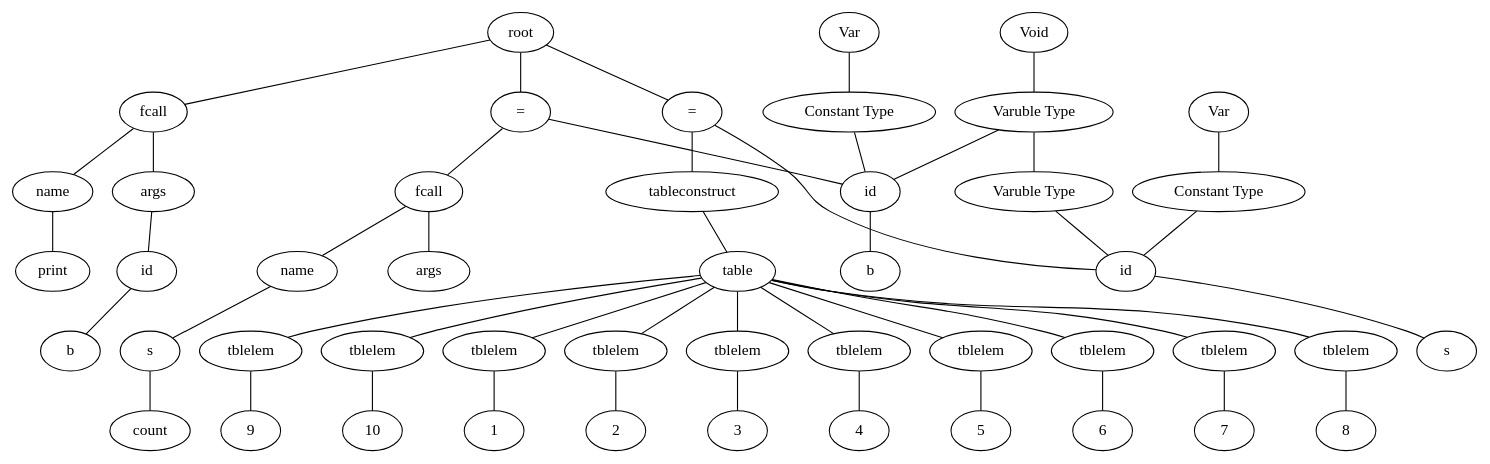
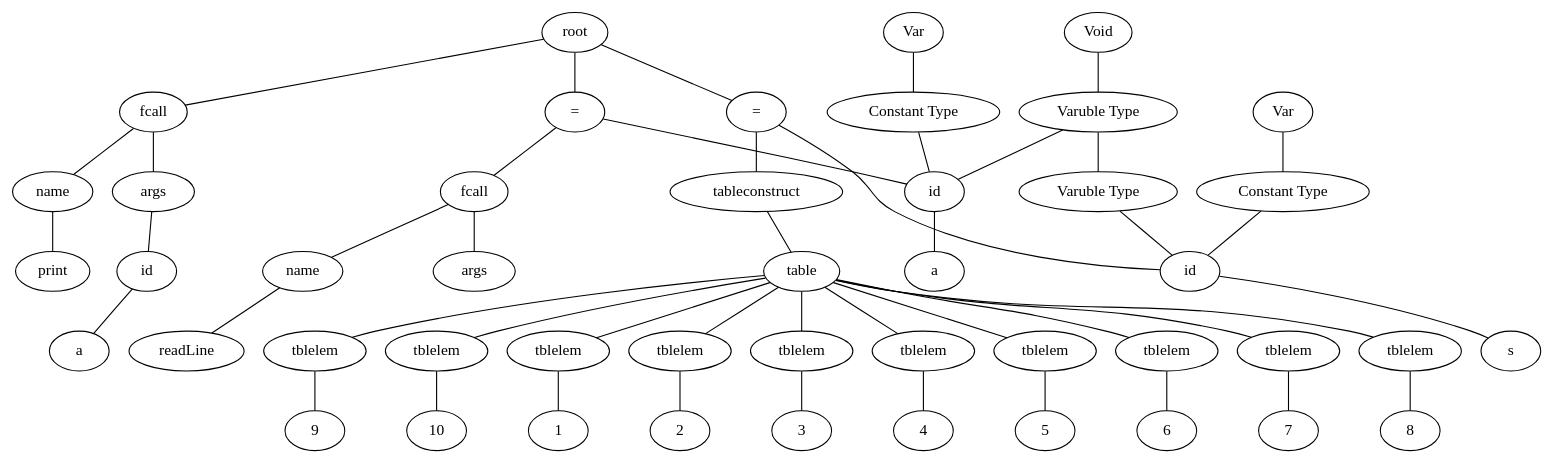
One commit to TAIIOK/SwiftCompilerToJavaByteCode changed the diagram in build/file.dot. Above: the diagram before and after it, drawn with Graphviz. The commit also changed 6 other files, not shown here.

Commit message:
readLine works

```diff
--- a/build/file.dot
+++ b/build/file.dot
@@ -1,97 +1,95 @@
 graph graphname {
 root;
 assign0[label = "="];
 root--assign0;
 expr0[label = "id"];
 assign0--expr0;
 type0[label = "Varuble Type"];
 type0--expr0;
 type1[label = "Int"];
 type1--type0;
 consttype0[label = "Constant Type"];
 consttype0--expr0;
 consttype1[label = "Var"];
 consttype1--consttype0;
 expr1[label = "s"];
 expr0--expr1;
 expr2[label = "tableconstruct"];
 assign0--expr2;
 table0[label = "table"];
 expr2--table0;
 table00[label = "tblelem"];
 table0--table00;
 expr3[label = "1"];
 table00--expr3;
 table01[label = "tblelem"];
 table0--table01;
 expr4[label = "2"];
 table01--expr4;
 table02[label = "tblelem"];
 table0--table02;
 expr5[label = "3"];
 table02--expr5;
 table03[label = "tblelem"];
 table0--table03;
 expr6[label = "4"];
 table03--expr6;
 table04[label = "tblelem"];
 table0--table04;
 expr7[label = "5"];
 table04--expr7;
 table05[label = "tblelem"];
 table0--table05;
 expr8[label = "6"];
 table05--expr8;
 table06[label = "tblelem"];
 table0--table06;
 expr9[label = "7"];
 table06--expr9;
 table07[label = "tblelem"];
 table0--table07;
 expr10[label = "8"];
 table07--expr10;
 table08[label = "tblelem"];
 table0--table08;
 expr11[label = "9"];
 table08--expr11;
 table09[label = "tblelem"];
 table0--table09;
 expr12[label = "10"];
 table09--expr12;
 assign1[label = "="];
 root--assign1;
 expr13[label = "id"];
 assign1--expr13;
 type1[label = "Varuble Type"];
 type1--expr13;
 type2[label = "Void"];
 type2--type1;
 consttype2[label = "Constant Type"];
 consttype2--expr13;
 consttype3[label = "Var"];
 consttype3--consttype2;
-expr14[label = "b"];
+expr14[label = "a"];
 expr13--expr14;
 expr15[label = "fcall"];
 assign1--expr15;
 expr15name[label = "name"];
-expr16[label = "s"];
+expr16[label = "readLine"];
 expr15name--expr16;
-expr17[label = "count"];
-expr16--expr17;
 expr15--expr15name;
 expr15args[label = " args "];
 expr15 -- expr15args;
-expr18[label = "fcall"];
-root--expr18;
-expr18name[label = "name"];
-expr19[label = "print"];
-expr18name--expr19;
-expr18--expr18name;
-expr18args[label = " args "];
-expr18 -- expr18args;
-expr20[label = "id"];
-expr18args--expr20;
-expr21[label = "b"];
-expr20--expr21;
+expr17[label = "fcall"];
+root--expr17;
+expr17name[label = "name"];
+expr18[label = "print"];
+expr17name--expr18;
+expr17--expr17name;
+expr17args[label = " args "];
+expr17 -- expr17args;
+expr19[label = "id"];
+expr17args--expr19;
+expr20[label = "a"];
+expr19--expr20;
 }
```
